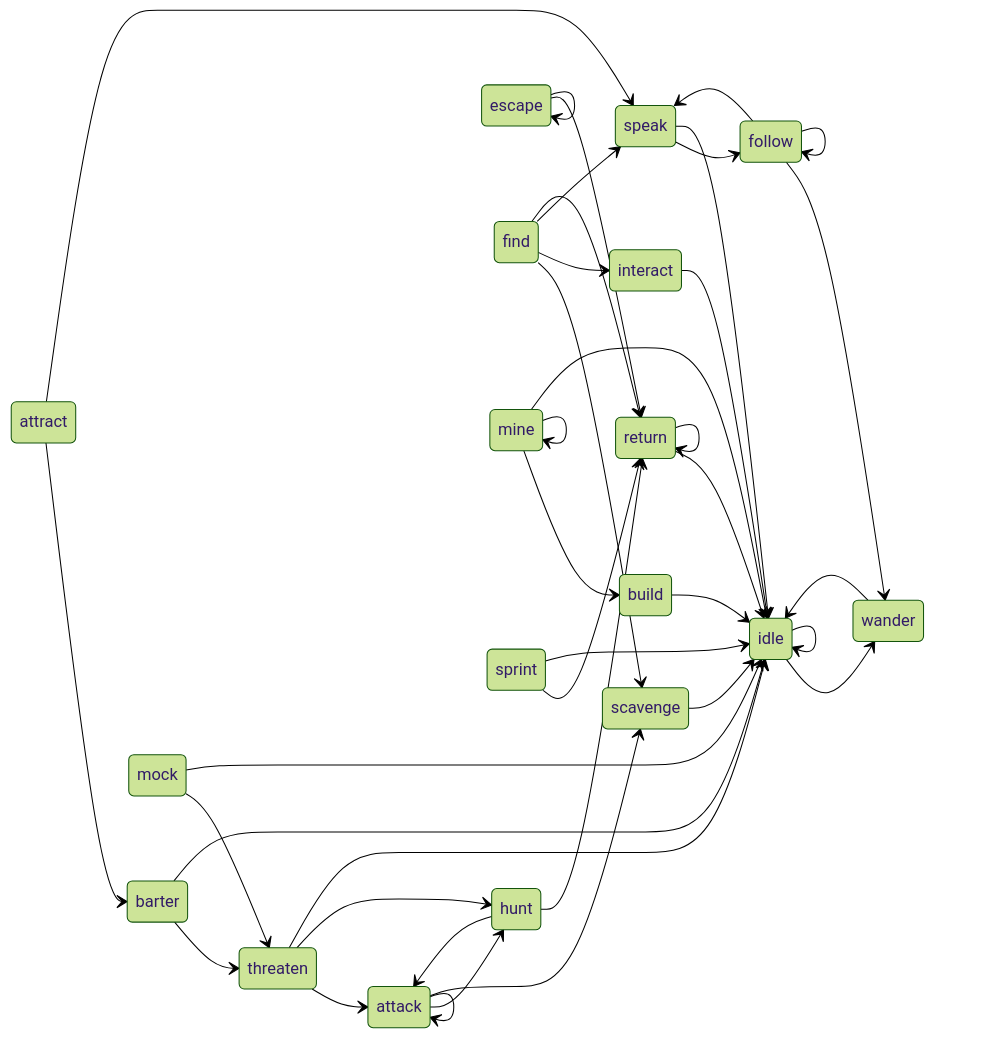
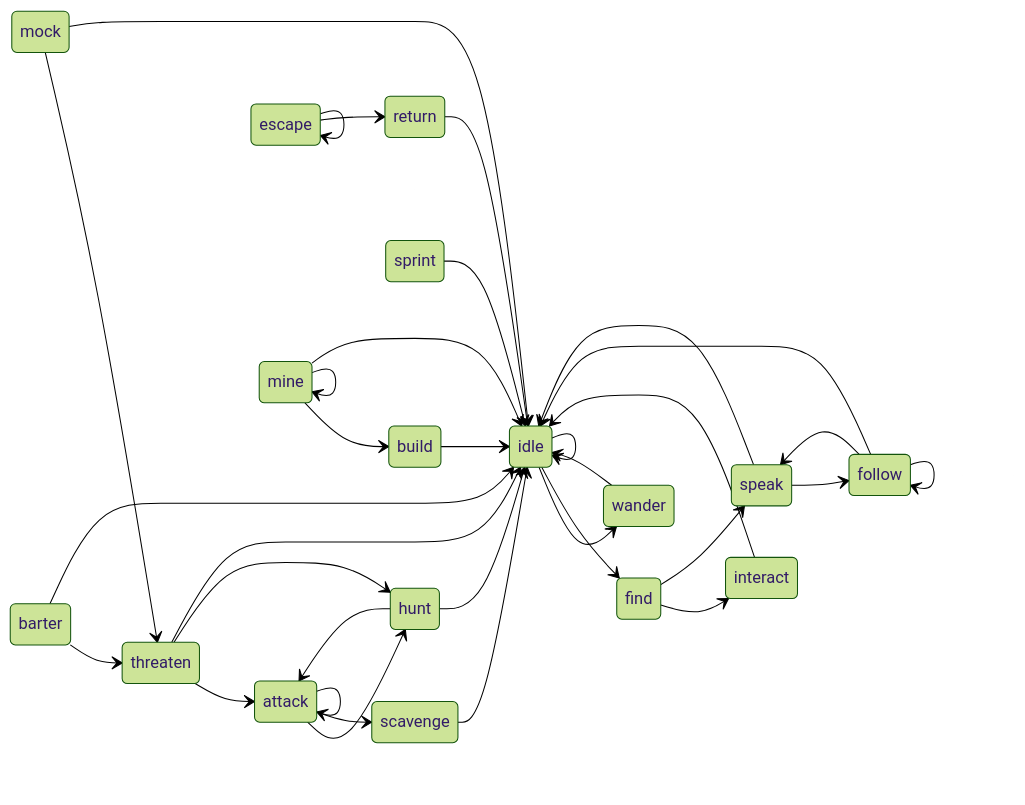
One commit to chinchalinchin/ontology changed the diagram in docs/static/mmd/intention-transitions.mmd. Above: the diagram before and after it, drawn with Mermaid (forest theme). The commit also changed 4 other files, not shown here.

```diff
--- a/docs/static/mmd/intention-transitions.mmd
+++ b/docs/static/mmd/intention-transitions.mmd
@@ -1,58 +1,52 @@
 stateDiagram-v2
     direction LR
 
     attack --> attack
     attack --> hunt
     attack --> scavenge
-
-    attract --> barter
-    attract --> speak
 
     barter --> threaten
     barter --> idle
 
     build --> idle
 
     escape --> escape
     escape --> return
 
-    find --> scavenge
     find --> interact
     find --> speak
-    find --> return
 
     follow --> follow
     follow --> speak
-    follow --> wander
+    follow --> idle
 
     hunt --> attack
-    hunt --> return
+    hunt --> idle
 
     idle --> wander
+    idle --> find
     idle --> idle
 
     interact --> idle
 
     mine --> build
     mine --> mine
     mine --> idle
 
     mock --> threaten
     mock --> idle
 
     return --> idle
-    return --> return
 
     scavenge --> idle
 
     speak --> follow
     speak --> idle
 
-    sprint --> return
     sprint --> idle
 
     threaten --> attack
     threaten --> hunt
     threaten --> idle
 
     wander --> idle
```
